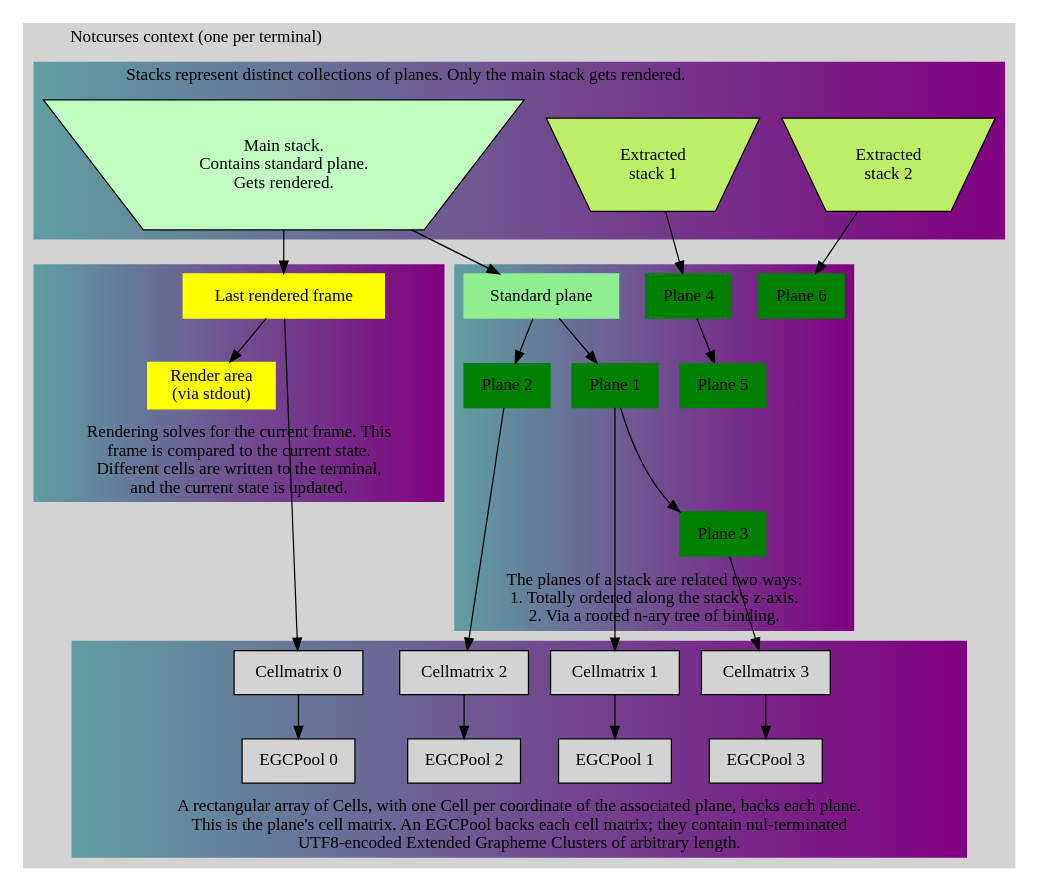
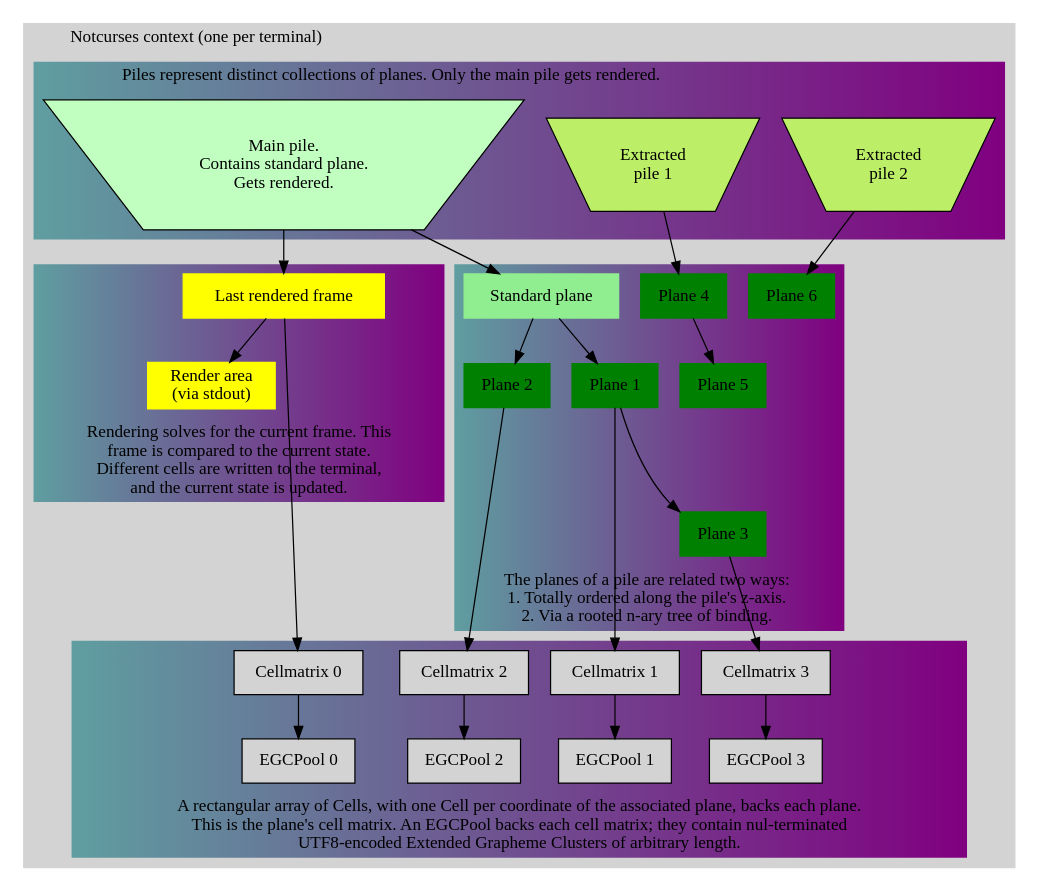
One commit to dankamongmen/notcurses changed the diagram in doc/model.dot. Above: the diagram before and after it, drawn with Graphviz. The commit also changed 2 other files, not shown here.

Commit message:
Improve handling of dot->graph documentation
Remove the pre-rendered model.png, a generated output. Add a
dot target to CMake, predicated on USE_DOXYGEN (since we have
REQUIRED dot in our Doxygen spec). Generate the png in the
output path. Rename stacks to piles in model.dot.

```diff
--- a/doc/model.dot
+++ b/doc/model.dot
@@ -1,70 +1,70 @@
 digraph G {
   subgraph clusterNotcurses {
     labeljust="l";
     label = "Notcurses context (one per terminal)"
     style = filled;
     color = lightgrey;
     compound = "true"
     subgraph clusterRedner {
       label="Rendering solves for the current frame. This\nframe is compared to the current state.\nDifferent cells are written to the terminal,\nand the current state is updated."
       style="filled"
       color="cadetblue:purple"
       LastFrame [ shape=rectangle label="Last rendered frame" style=filled color=yellow ]
       RenderArea [ shape=rectangle label="Render area\n(via stdout)" style=filled color=yellow ]
       labelloc="b"
     }
     subgraph clusterZaxis {
-      label="Stacks represent distinct collections of planes. Only the main stack gets rendered."
+      label="Piles represent distinct collections of planes. Only the main pile gets rendered."
       style=filled;
       color="cadetblue:purple";
-      stackMain [ label="Main stack.\nContains standard plane.\nGets rendered." style="filled" fillcolor=darkseagreen1 shape=invtrapezium ]
-      stack1 [ label="Extracted\nstack 1" style="filled" fillcolor=darkolivegreen2 shape=invtrapezium ]
-      stack2 [ label="Extracted\nstack 2" style="filled" fillcolor=darkolivegreen2 shape=invtrapezium ]
-      { rank=same; stackMain stack1 stack2 }
+      pileMain [ label="Main pile.\nContains standard plane.\nGets rendered." style="filled" fillcolor=darkseagreen1 shape=invtrapezium ]
+      pile1 [ label="Extracted\npile 1" style="filled" fillcolor=darkolivegreen2 shape=invtrapezium ]
+      pile2 [ label="Extracted\npile 2" style="filled" fillcolor=darkolivegreen2 shape=invtrapezium ]
+      { rank=same; pileMain pile1 pile2 }
     }
-    stackMain -> LastFrame
+    pileMain -> LastFrame
     LastFrame -> RenderArea
     subgraph clusterPlanes {
       labelloc="b"
-      label="The planes of a stack are related two ways:\n1. Totally ordered along the stack's z-axis.\n2. Via a rooted n-ary tree of binding."
+      label="The planes of a pile are related two ways:\n1. Totally ordered along the pile's z-axis.\n2. Via a rooted n-ary tree of binding."
       style=filled;
       color="cadetblue:purple";
       planeStd [ label="Standard plane" shape=rectangle color="lightgreen" style=filled ]
       plane1 [ label="Plane 1" shape=rectangle color="green" style=filled ]
       plane2 [ label="Plane 2" shape=rectangle color="green" style=filled ]
       plane3 [ label="Plane 3" shape=rectangle color="green" style=filled ]
       plane4 [ label="Plane 4" shape=rectangle color="green" style=filled ]
       plane5 [ label="Plane 5" shape=rectangle color="green" style=filled ]
       plane6 [ label="Plane 6" shape=rectangle color="green" style=filled ]
-      stackMain -> planeStd
+      pileMain -> planeStd
       planeStd -> plane1
       planeStd -> plane2
       plane1 -> plane3
-      stack1 -> plane4
+      pile1 -> plane4
       plane4 -> plane5
-      stack2 -> plane6
+      pile2 -> plane6
     }
     subgraph clusterMatrices {
       labelloc="b"
       label="A rectangular array of Cells, with one Cell per coordinate of the associated plane, backs each plane.\nThis is the plane's cell matrix. An EGCPool backs each cell matrix; they contain nul-terminated\nUTF8-encoded Extended Grapheme Clusters of arbitrary length."
       style=filled;
       color="cadetblue:purple";
       cMatrix0 [ label="Cellmatrix 0" shape=rectangle style=filled ]
       cMatrix1 [ label="Cellmatrix 1" shape=rectangle style=filled ]
       cMatrix2 [ label="Cellmatrix 2" shape=rectangle style=filled ]
       cMatrix3 [ label="Cellmatrix 3" shape=rectangle style=filled ]
       plane1 -> cMatrix1
       plane2 -> cMatrix2
       plane3 -> cMatrix3
       LastFrame -> cMatrix0
       egcPool0 [ label="EGCPool 0" shape=rectangle style=filled ]
       egcPool1 [ label="EGCPool 1" shape=rectangle style=filled ]
       egcPool2 [ label="EGCPool 2" shape=rectangle style=filled ]
       egcPool3 [ label="EGCPool 3" shape=rectangle style=filled ]
       cMatrix0 -> egcPool0
       cMatrix1 -> egcPool1
       cMatrix2 -> egcPool2
       cMatrix3 -> egcPool3
     }
   }
 }
```
